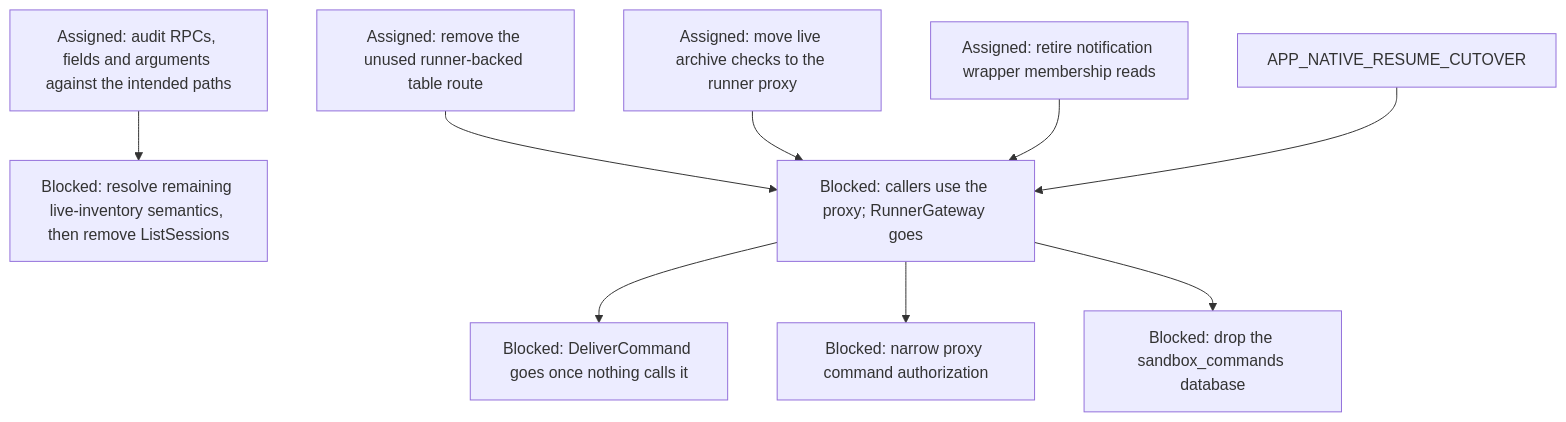
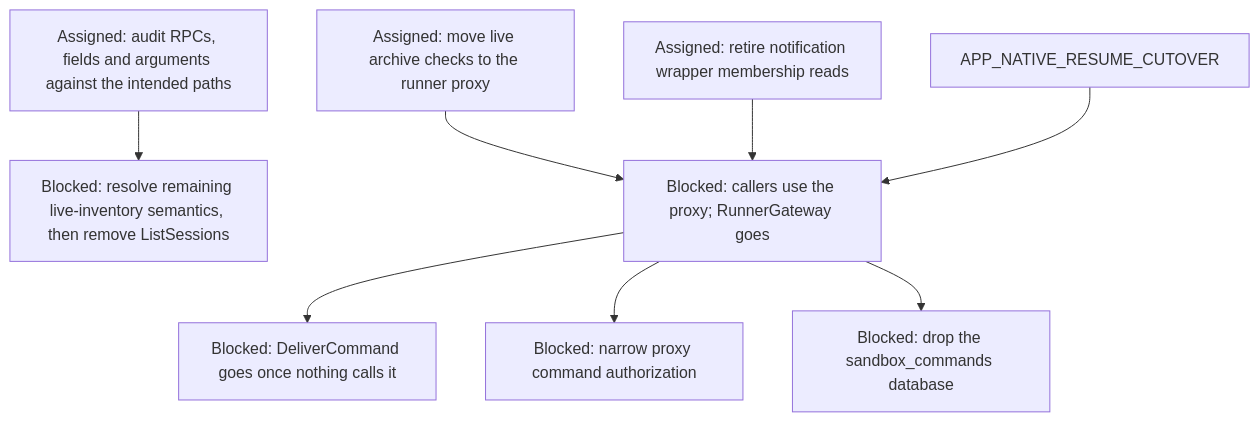
Before and after one commit to agentydragon-agent/ducktape: diagram 15 of 15 in agentplane/plans/task_dag.md, drawn with Mermaid. The commit also changed other lines of this file and 5 other files, not shown here.

````diff
--- a/agentplane/plans/task_dag.md
+++ b/agentplane/plans/task_dag.md
@@ -1039,16 +1039,15 @@
 ```mermaid
 flowchart TD
     RUNNER_COMMAND_RPCS[Blocked: DeliverCommand goes once nothing calls it]
     CONTROL_SURFACE_RETIREMENT_AUDIT[Assigned: audit RPCs, fields and arguments against the intended paths]
     CONTROL_SURFACE_RETIREMENT_AUDIT --> RUNNER_LIST_SESSIONS_RETIRE[Blocked: resolve remaining live-inventory semantics, then remove ListSessions]
     GATEWAY_WRAPPER_RETIRE --> RUNNER_COMMAND_RPCS
     GATEWAY_WRAPPER_RETIRE[Blocked: callers use the proxy; RunnerGateway goes]
-    APP_SESSION_LIST_ROUTE_RETIRE[Assigned: remove the unused runner-backed table route] --> GATEWAY_WRAPPER_RETIRE
     APP_ARCHIVE_RUNNER_READ_MIGRATION[Assigned: move live archive checks to the runner proxy] --> GATEWAY_WRAPPER_RETIRE
     NOTIFICATION_SESSION_MEMBERSHIP_MIGRATION[Assigned: retire notification wrapper membership reads] --> GATEWAY_WRAPPER_RETIRE
     APP_NATIVE_RESUME_CUTOVER --> GATEWAY_WRAPPER_RETIRE
     GATEWAY_DATABASE_DROP[Blocked: drop the sandbox_commands database]
     PROXY_START_METHODS_DISPATCHER_ONLY[Blocked: narrow proxy command authorization]
     GATEWAY_WRAPPER_RETIRE --> PROXY_START_METHODS_DISPATCHER_ONLY
     GATEWAY_WRAPPER_RETIRE --> GATEWAY_DATABASE_DROP
 ```
````
